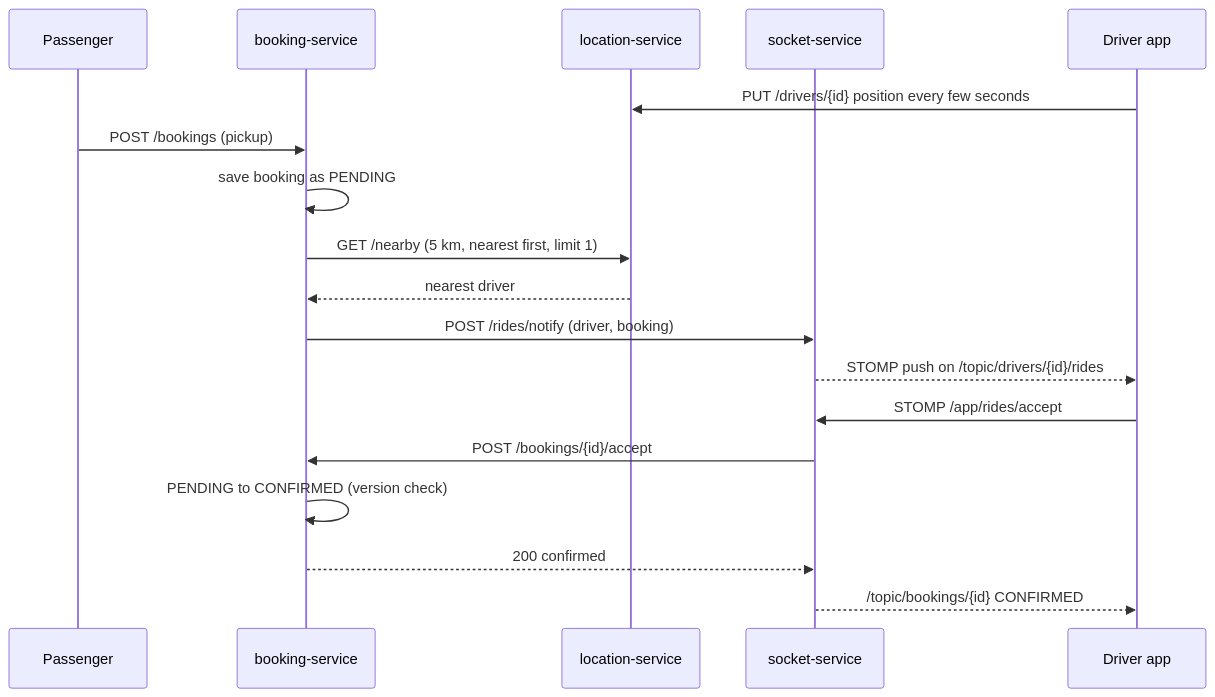
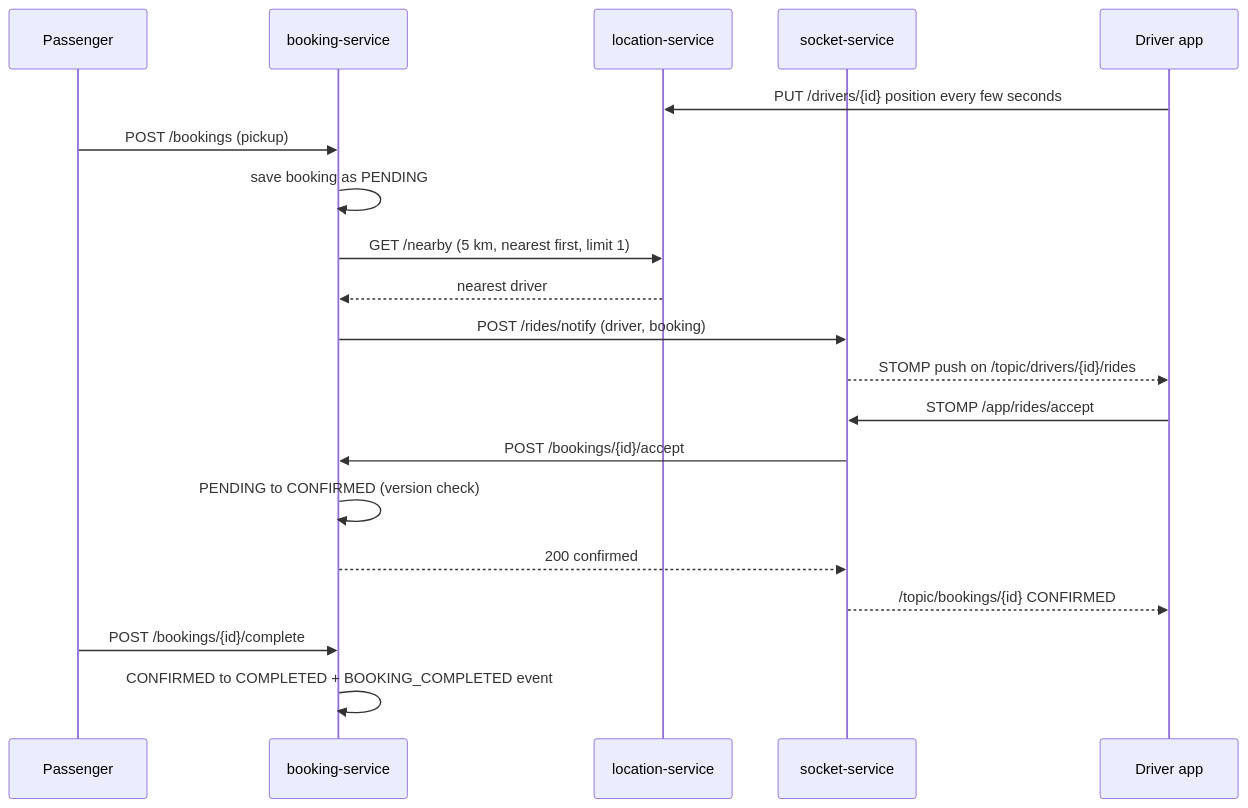
The fourth of 6 diagrams in docs/HLD.md (piyush932/uber-ride-platform), drawn with Mermaid before and after one commit. The commit also changed other lines of this file and 19 other files, not shown here.

Commit message:
Stage 4: review-service (ratings for completed bookings), booking complete endpoint, tests, docs

````diff
--- a/docs/HLD.md
+++ b/docs/HLD.md
@@ -94,21 +100,23 @@
 ```mermaid
 sequenceDiagram
     participant P as Passenger
     participant B as booking-service
     participant L as location-service
     participant S as socket-service
     participant D as Driver app
 
     D->>L: PUT /drivers/{id} position every few seconds
     P->>B: POST /bookings (pickup)
     B->>B: save booking as PENDING
     B->>L: GET /nearby (5 km, nearest first, limit 1)
     L-->>B: nearest driver
     B->>S: POST /rides/notify (driver, booking)
     S-->>D: STOMP push on /topic/drivers/{id}/rides
     D->>S: STOMP /app/rides/accept
     S->>B: POST /bookings/{id}/accept
     B->>B: PENDING to CONFIRMED (version check)
     B-->>S: 200 confirmed
     S-->>D: /topic/bookings/{id} CONFIRMED
+    P->>B: POST /bookings/{id}/complete
+    B->>B: CONFIRMED to COMPLETED + BOOKING_COMPLETED event
 ```
````
